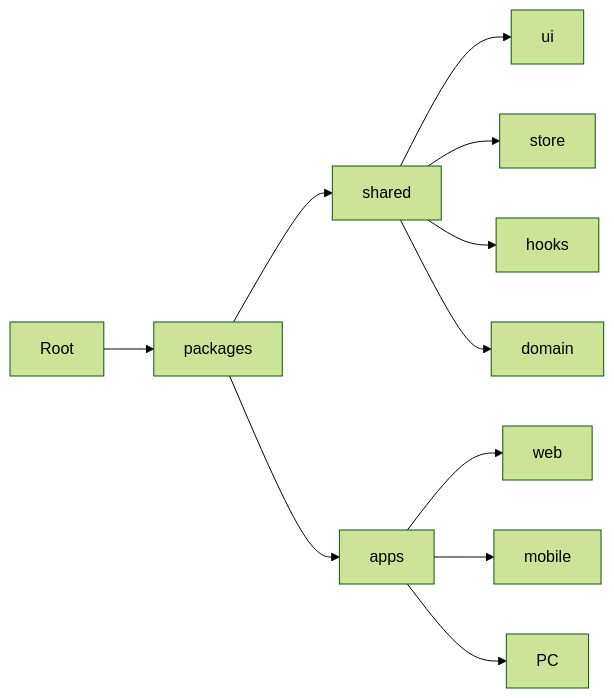
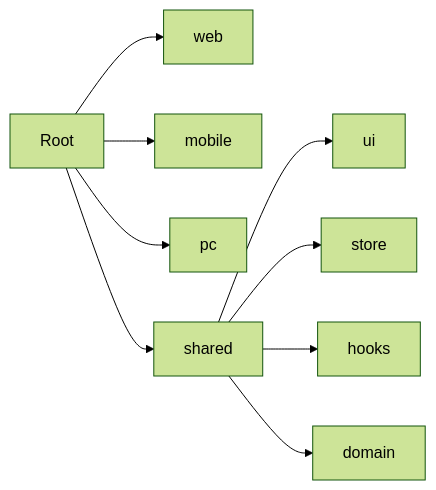
The fourth of 6 diagrams in _posts/Git_Blog/AiTodo/Frontend/2025-06-24-ai_todo_2_f_react_architecture.md (ramyo564/git_blog), drawn with Mermaid (forest theme) before and after one commit. The commit also changed other lines of this file and 1 other file, not shown here.

````diff
--- a/_posts/Git_Blog/AiTodo/Frontend/2025-06-24-ai_todo_2_f_react_architecture.md
+++ b/_posts/Git_Blog/AiTodo/Frontend/2025-06-24-ai_todo_2_f_react_architecture.md
@@ -177,18 +199,14 @@
 ```mermaid
 graph LR
   A["Root"]
-  A --> C["packages"]
-
-  C --> C1["shared"]
-  C --> C2["apps"]
-
-  C1 --> C1a["ui"]
-  C1 --> C1b["store"]
-  C1 --> C1c["hooks"]
-  C1 --> C1d["domain"]
-
-  C2 --> C2a["web"]
-  C2 --> C2b["mobile"]
-  C2 --> C2c["PC"]
+  A --> B["web"]
+  A --> C["mobile"]
+  A --> D["pc"]
+  A --> E["shared"]
+  
+  E --> C1a["ui"]
+  E --> C1b["store"]
+  E --> C1c["hooks"]
+  E --> C1d["domain"]
 
 ```
````
